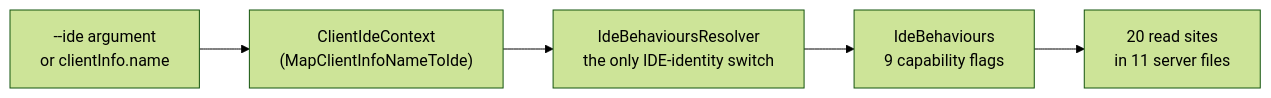
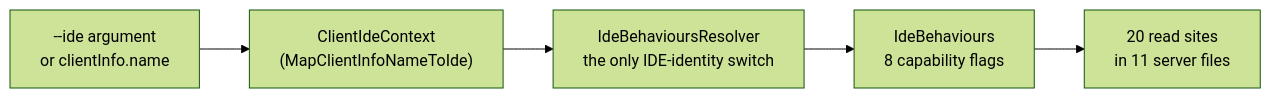
One commit to reqnroll/Reqnroll.IdeSupport changed the diagram in docs/architecture/complexity-hotspots.md. Above: the diagram before and after it, drawn with Mermaid (forest theme). The commit also changed other lines of this file and 6 other files, not shown here.

First line of the commit message:
Remove unused IdeBehaviours.RunsVscodeOpenCommandLocally flag

````diff
--- a/docs/architecture/complexity-hotspots.md
+++ b/docs/architecture/complexity-hotspots.md
@@ -240,7 +240,7 @@
 ```mermaid
 flowchart LR
     A["--ide argument<br/>or clientInfo.name"] --> B["ClientIdeContext<br/>(MapClientInfoNameToIde)"]
     B --> C["IdeBehavioursResolver<br/>the only IDE-identity switch"]
-    C --> D["IdeBehaviours<br/>9 capability flags"]
+    C --> D["IdeBehaviours<br/>8 capability flags"]
     D --> E["20 read sites<br/>in 11 server files"]
 ```
````
